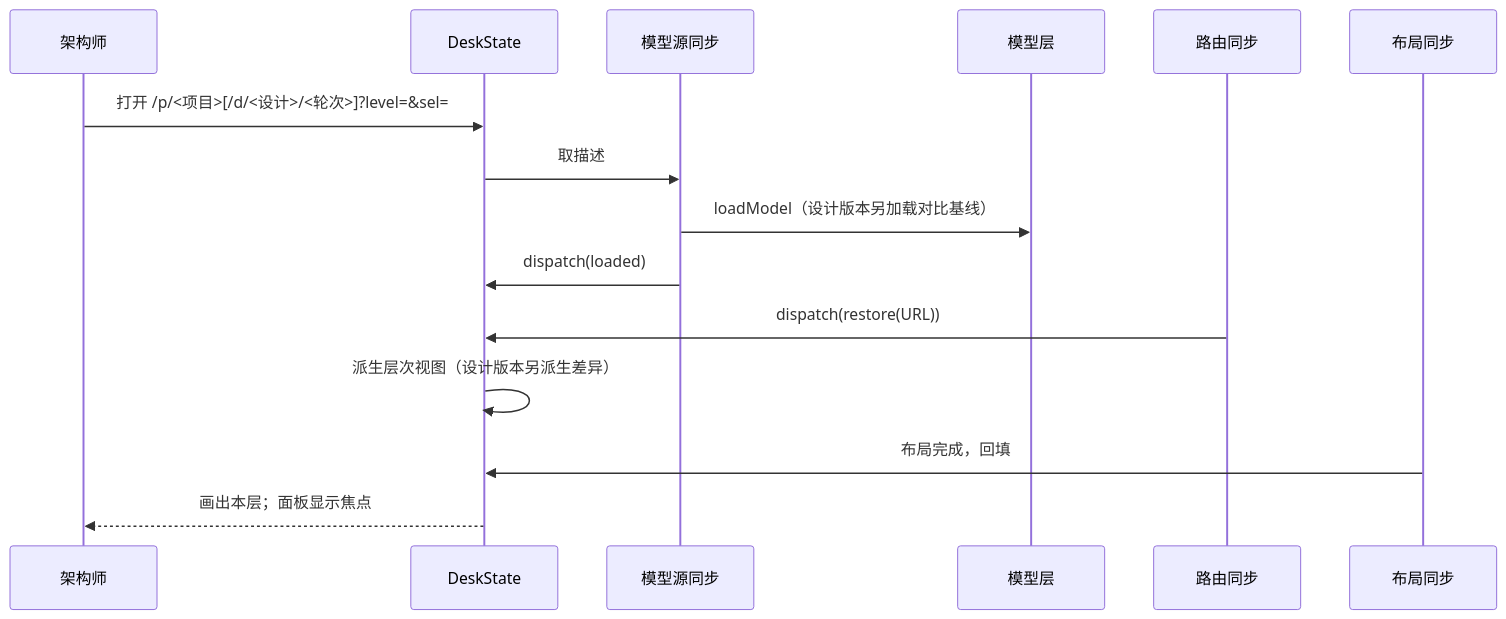
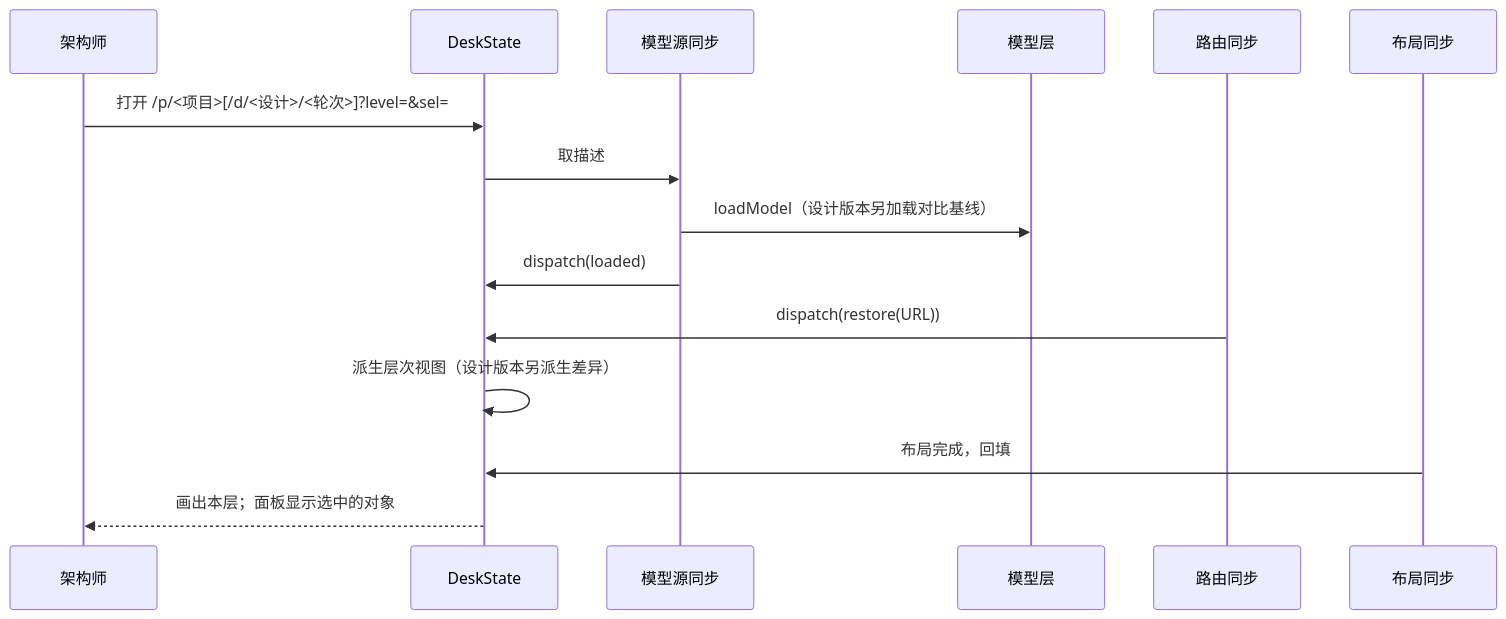
One commit to bulengjianghu/archdeck changed the first of 2 diagrams in docs/architecture/view-state.md. Above: the diagram before and after it, drawn with Mermaid. The commit also changed other lines of this file and 12 other files, not shown here.

````diff
--- a/docs/architecture/view-state.md
+++ b/docs/architecture/view-state.md
@@ -97,18 +103,18 @@
 ```mermaid
 sequenceDiagram
     participant U as 架构师
     participant DS as DeskState
     participant MS as 模型源同步
     participant M as 模型层
     participant RS as 路由同步
     participant LS as 布局同步
 
     U->>DS: 打开 /p/<项目>[/d/<设计>/<轮次>]?level=&sel=
     DS->>MS: 取描述
     MS->>M: loadModel（设计版本另加载对比基线）
     MS->>DS: dispatch(loaded)
     RS->>DS: dispatch(restore(URL))
     DS->>DS: 派生层次视图（设计版本另派生差异）
     LS->>DS: 布局完成，回填
-    DS-->>U: 画出本层；面板显示焦点
+    DS-->>U: 画出本层；面板显示选中的对象
 ```
````
